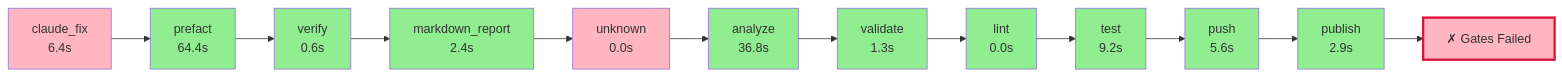
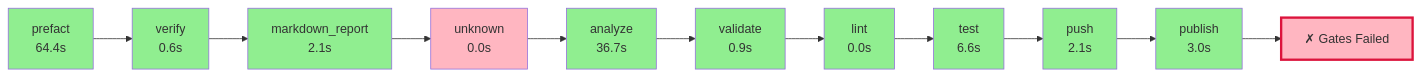
One commit to semcod/vallm changed the diagram in .pyqual/report.md. Above: the diagram before and after it, drawn with Mermaid. The commit also changed other lines of this file and 6 other files, not shown here.

````diff
--- a/.pyqual/report.md
+++ b/.pyqual/report.md
@@ -10,38 +10,35 @@
 ```mermaid
 flowchart LR
-    S0["claude_fix<br/>6.4s"]
-    style S0 fill:#FFB6C1
-    S1["prefact<br/>64.4s"]
+    S0["prefact<br/>64.4s"]
+    style S0 fill:#90EE90
+    S1["verify<br/>0.6s"]
     style S1 fill:#90EE90
     S0 --> S1
-    S2["verify<br/>0.6s"]
+    S2["markdown_report<br/>2.1s"]
     style S2 fill:#90EE90
     S1 --> S2
-    S3["markdown_report<br/>2.4s"]
-    style S3 fill:#90EE90
+    S3["unknown<br/>0.0s"]
+    style S3 fill:#FFB6C1
     S2 --> S3
-    S4["unknown<br/>0.0s"]
-    style S4 fill:#FFB6C1
+    S4["analyze<br/>36.7s"]
+    style S4 fill:#90EE90
     S3 --> S4
-    S5["analyze<br/>36.8s"]
+    S5["validate<br/>0.9s"]
     style S5 fill:#90EE90
     S4 --> S5
-    S6["validate<br/>1.3s"]
+    S6["lint<br/>0.0s"]
     style S6 fill:#90EE90
     S5 --> S6
-    S7["lint<br/>0.0s"]
+    S7["test<br/>6.6s"]
     style S7 fill:#90EE90
     S6 --> S7
-    S8["test<br/>9.2s"]
+    S8["push<br/>2.1s"]
     style S8 fill:#90EE90
     S7 --> S8
-    S9["push<br/>5.6s"]
+    S9["publish<br/>3.0s"]
     style S9 fill:#90EE90
     S8 --> S9
-    S10["publish<br/>2.9s"]
-    style S10 fill:#90EE90
-    S9 --> S10
     G["✗ Gates Failed"]
     style G fill:#FFB6C1,stroke:#DC143C,stroke-width:3px
-    S10 --> G
+    S9 --> G
 ```
````
